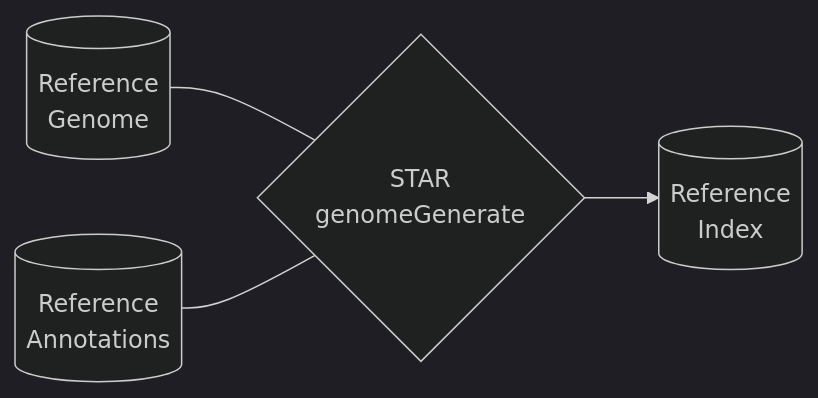
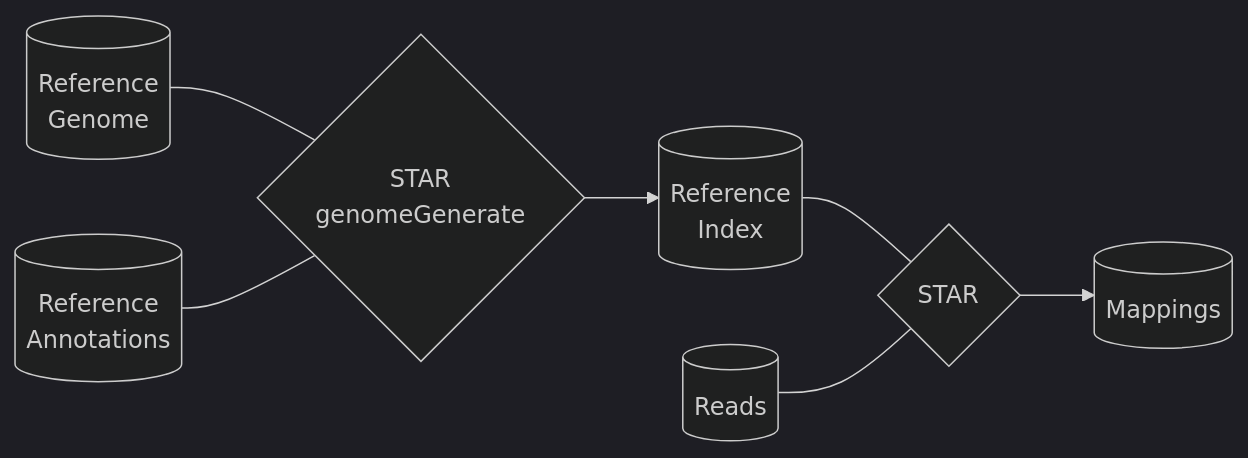
One commit to trev-f/rnaseq-crash-course changed the diagram in pipeline/map_reads.qmd. Above: the diagram before and after it, drawn with Mermaid (dark theme).

Commit message:
feat: add STAR map reads workflow diagram

````diff
--- a/pipeline/map_reads.qmd
+++ b/pipeline/map_reads.qmd
@@ -23,11 +23,20 @@
 ```{mermaid}
 flowchart LR
     ref_genome[(Reference\nGenome)]
     ref_annotations[(Reference\nAnnotations)]
     build_index{STAR\ngenomeGenerate}
     ref_index[(Reference\nIndex)]
 
     ref_genome --- build_index
     ref_annotations --- build_index
     build_index --> ref_index
+
+    reads[(Reads)]
+    mappings[(Mappings)]
+    map_reads{STAR}
+
+    ref_index --- map_reads
+    reads --- map_reads
+    map_reads --> mappings
+
 ```
````
